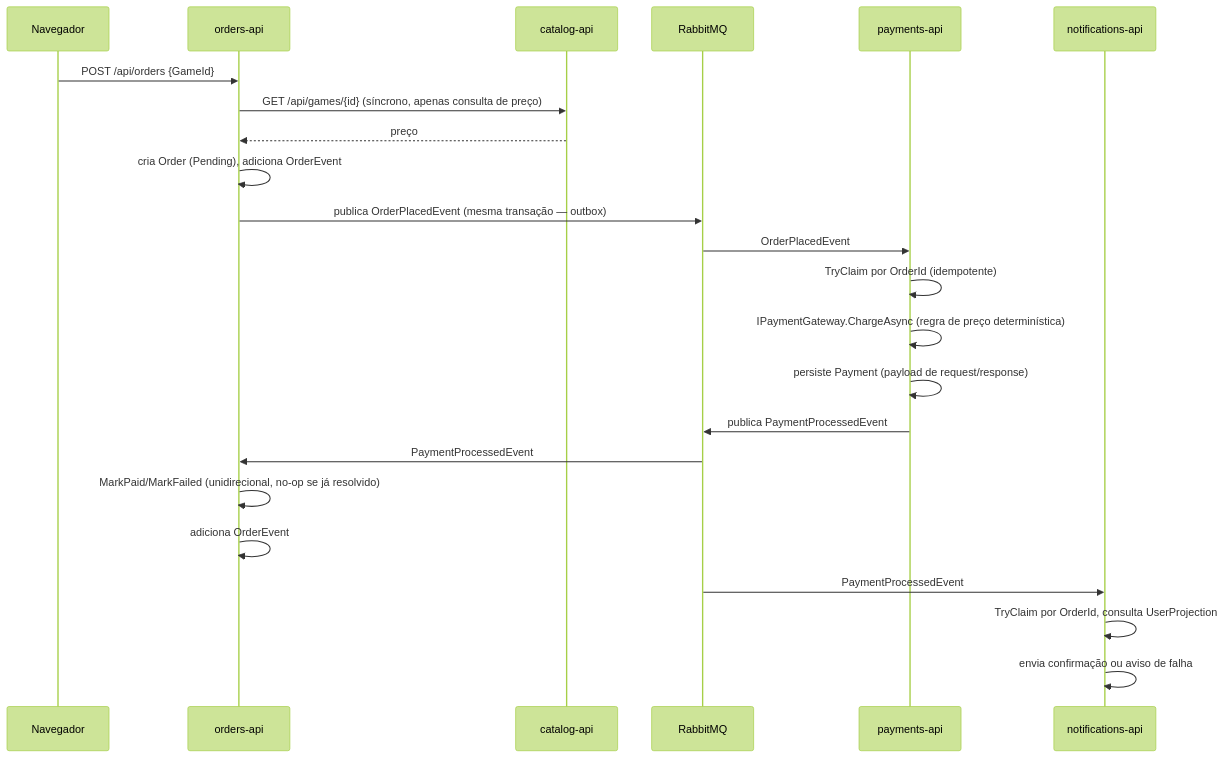
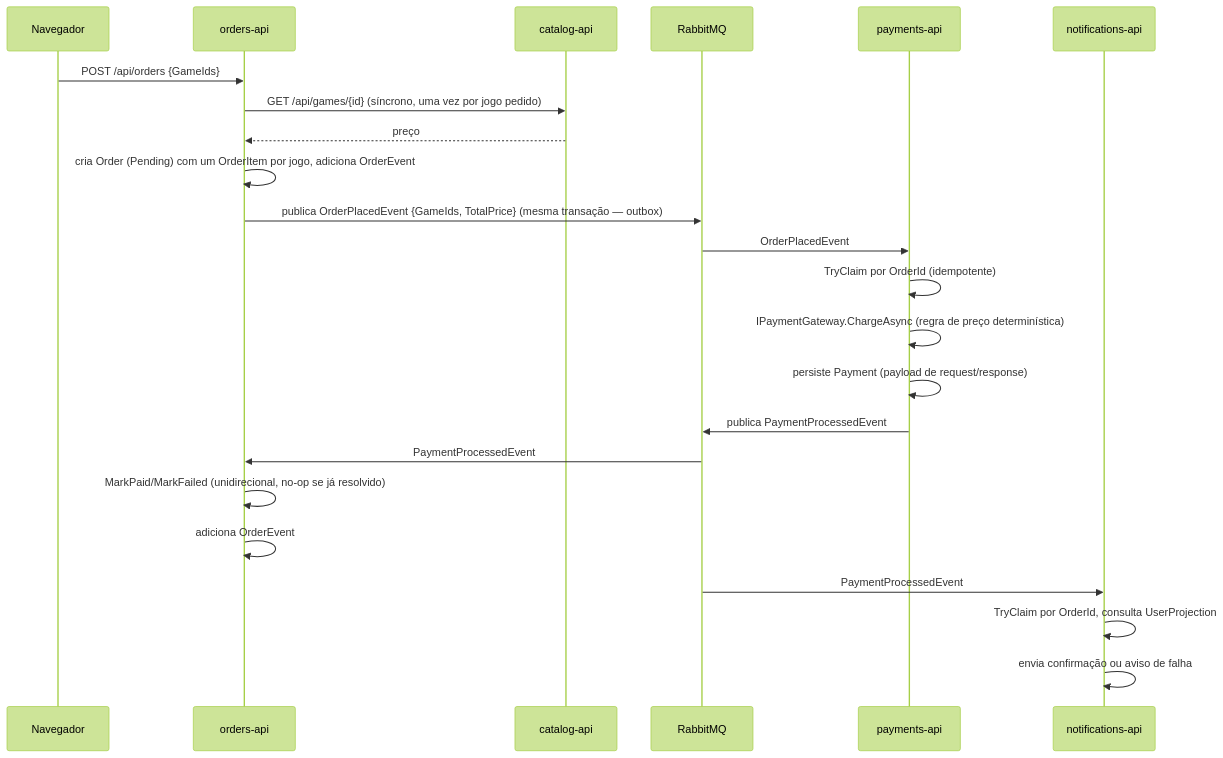
One commit to tc2-fiap/documentation changed the third of 5 diagrams in narrative/DOCUMENTATION.pt-BR.md. Above: the diagram before and after it, drawn with Mermaid (forest theme). The commit also changed other lines of this file and 6 other files, not shown here.

First line of the commit message:
Record decisions 51-53: multi-item orders, DB ownership constraints, SSE

````diff
--- a/narrative/DOCUMENTATION.pt-BR.md
+++ b/narrative/DOCUMENTATION.pt-BR.md
@@ -131,26 +132,26 @@
 ```mermaid
 sequenceDiagram
     participant C as Navegador
     participant O as orders-api
     participant Cat as catalog-api
     participant R as RabbitMQ
     participant P as payments-api
     participant N as notifications-api
 
-    C->>O: POST /api/orders {GameId}
-    O->>Cat: GET /api/games/{id}  (síncrono, apenas consulta de preço)
+    C->>O: POST /api/orders {GameIds}
+    O->>Cat: GET /api/games/{id}  (síncrono, uma vez por jogo pedido)
     Cat-->>O: preço
-    O->>O: cria Order (Pending), adiciona OrderEvent
-    O->>R: publica OrderPlacedEvent (mesma transação — outbox)
+    O->>O: cria Order (Pending) com um OrderItem por jogo, adiciona OrderEvent
+    O->>R: publica OrderPlacedEvent {GameIds, TotalPrice} (mesma transação — outbox)
     R->>P: OrderPlacedEvent
     P->>P: TryClaim por OrderId (idempotente)
     P->>P: IPaymentGateway.ChargeAsync (regra de preço determinística)
     P->>P: persiste Payment (payload de request/response)
     P->>R: publica PaymentProcessedEvent
     R->>O: PaymentProcessedEvent
     O->>O: MarkPaid/MarkFailed (unidirecional, no-op se já resolvido)
     O->>O: adiciona OrderEvent
     R->>N: PaymentProcessedEvent
     N->>N: TryClaim por OrderId, consulta UserProjection
     N->>N: envia confirmação ou aviso de falha
 ```
````
